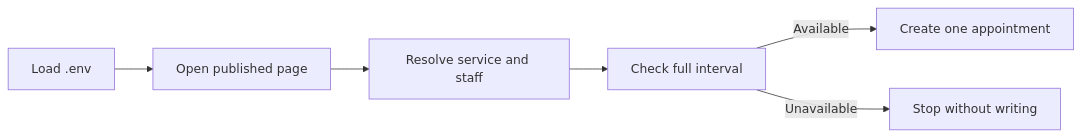
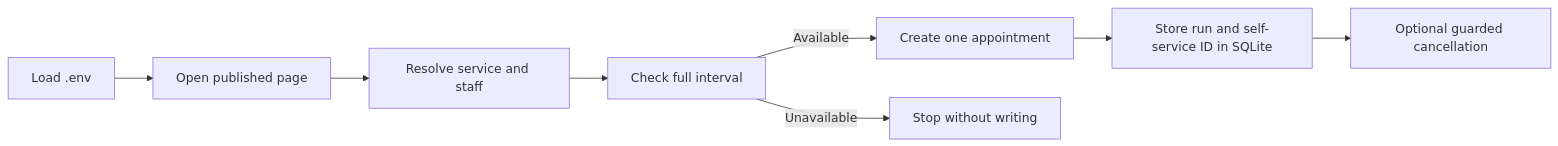
The diagram in README.md (ahnafnafee/automate-microsoft-bookings), drawn with Mermaid before and after one commit. The commit also changed other lines of this file and 10 other files, not shown here.

First line of the commit message:
feat(bookings): add local run history and bulk cancellation

````diff
--- a/README.md
+++ b/README.md
@@ -266,8 +298,10 @@
 ```mermaid
 flowchart LR
     A[Load .env] --> B[Open published page]
     B --> C[Resolve service and staff]
     C --> D[Check full interval]
     D -->|Available| E[Create one appointment]
     D -->|Unavailable| F[Stop without writing]
+    E --> G[Store run and self-service ID in SQLite]
+    G --> H[Optional guarded cancellation]
 ```
````
